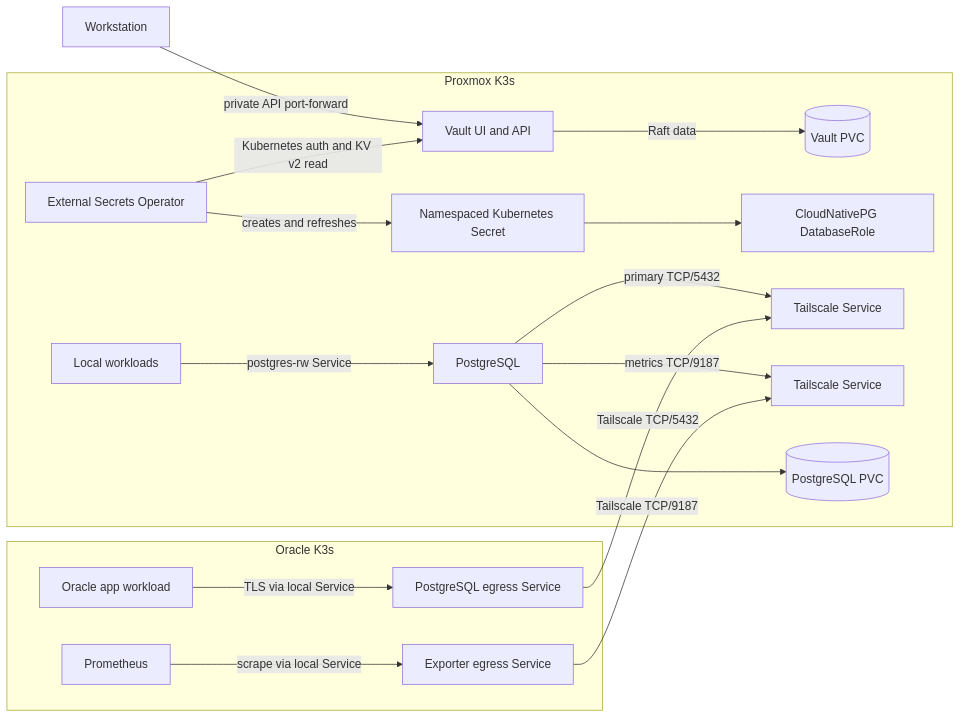
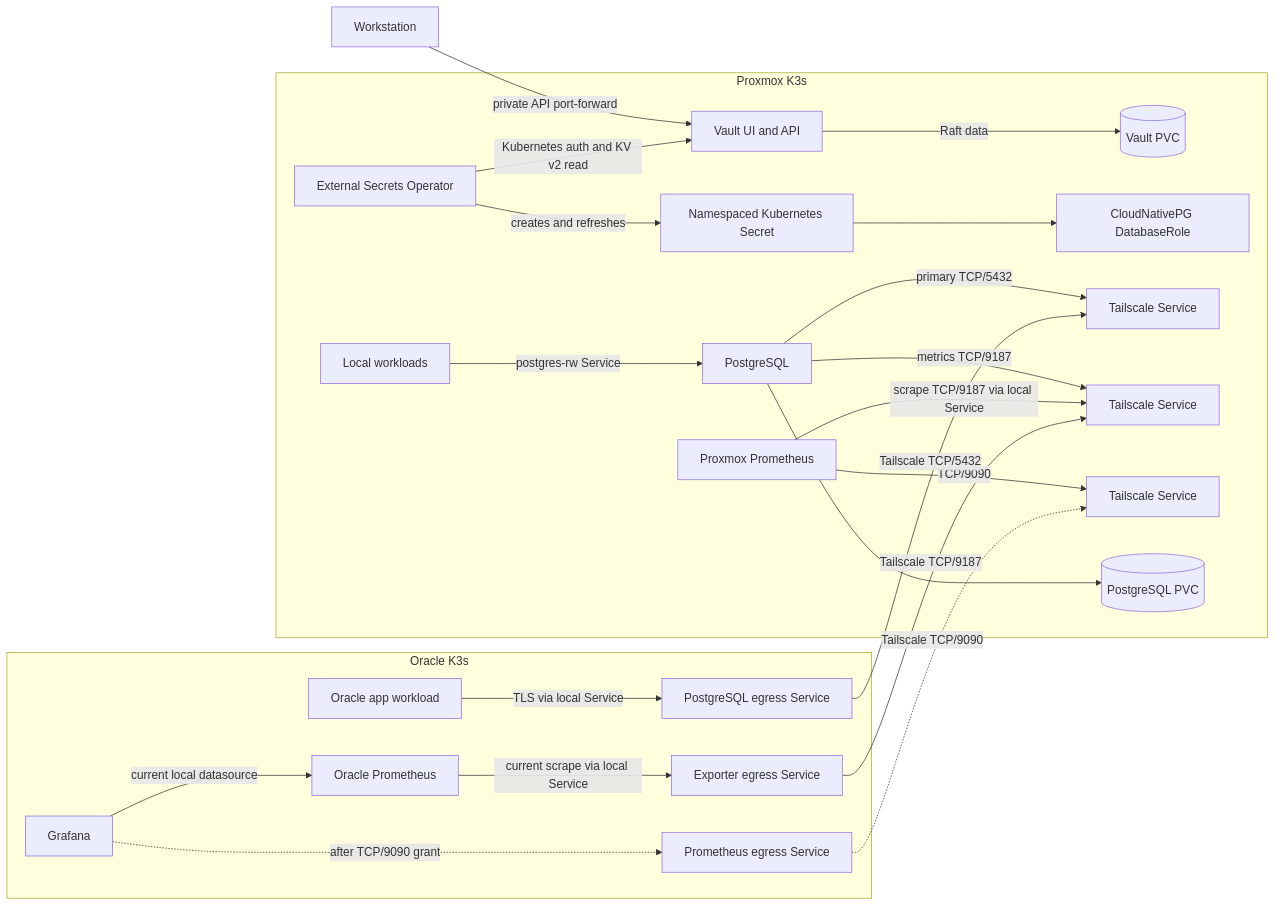
The diagram in docs/operations/proxmox-data-services.md (Disease-Prediction-ASET26/disease-prediction-gitops), drawn with Mermaid before and after one commit. The commit also changed other lines of this file and 18 other files, not shown here.

````diff
--- a/docs/operations/proxmox-data-services.md
+++ b/docs/operations/proxmox-data-services.md
@@ -9,20 +11,25 @@
 ```mermaid
 flowchart LR
   operator[Workstation] -->|private API port-forward| vault[Vault UI and API]
   subgraph home[Proxmox K3s]
     eso[External Secrets Operator] -->|Kubernetes auth and KV v2 read| vault
     vault -->|Raft data| vaultDisk[(Vault PVC)]
     eso -->|creates and refreshes| secret[Namespaced Kubernetes Secret]
     secret --> role[CloudNativePG DatabaseRole]
     app[Local workloads] -->|postgres-rw Service| db[PostgreSQL]
     db -->|primary TCP/5432| taildb[Tailscale Service]
     db -->|metrics TCP/9187| tailmetrics[Tailscale Service]
+    prometheus[Proxmox Prometheus] -->|scrape TCP/9187 via local Service| tailmetrics
+    prometheus -->|TCP/9090| promTail[Tailscale Service]
     db --> dbDisk[(PostgreSQL PVC)]
   end
   subgraph oracle[Oracle K3s]
     oracleApp[Oracle app workload] -->|TLS via local Service| dbEgress[PostgreSQL egress Service]
-    prometheus[Prometheus] -->|scrape via local Service| metricsEgress[Exporter egress Service]
+    grafana[Grafana] -->|current local datasource| legacyProm[Oracle Prometheus]
+    legacyProm -->|current scrape via local Service| metricsEgress[Exporter egress Service]
+    grafana -.->|after TCP/9090 grant| promEgress[Prometheus egress Service]
   end
   dbEgress -->|Tailscale TCP/5432| taildb
   metricsEgress -->|Tailscale TCP/9187| tailmetrics
+  promEgress -.->|Tailscale TCP/9090| promTail
 ```
````
